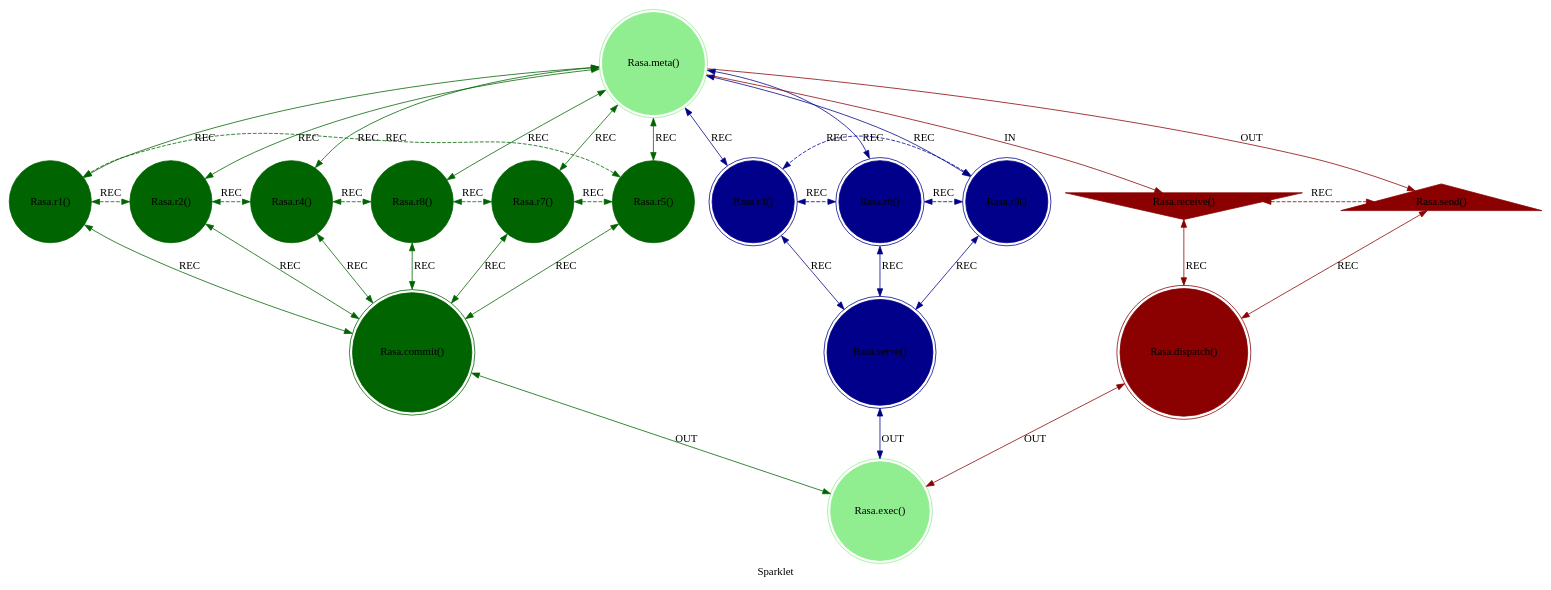
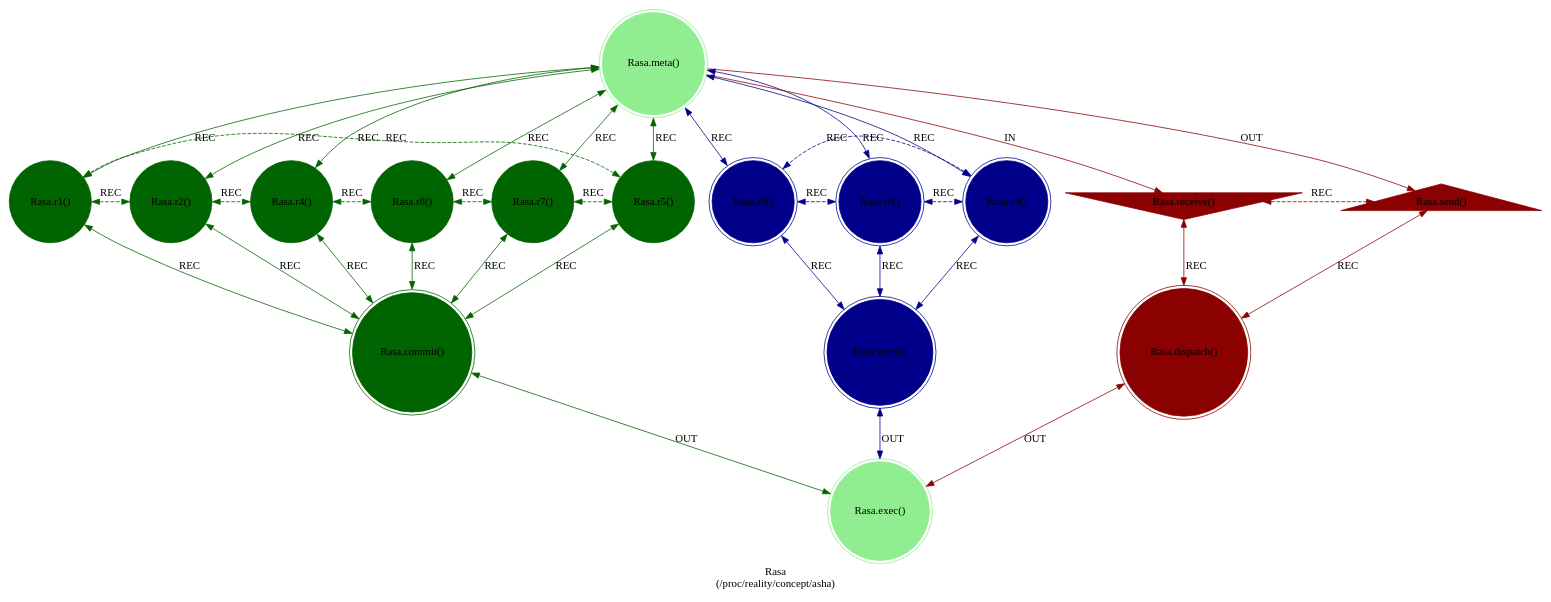
The diagram in src/includes/rasa.dot (cilang/mythos), drawn with Graphviz before and after one commit. The commit also changed 8 other files, not shown here.

```diff
--- a/src/includes/rasa.dot
+++ b/src/includes/rasa.dot
@@ -1,48 +1,48 @@
-strict digraph Sparklet {
-    label = "Sparklet";
+strict digraph Rasa {
+    label = "Rasa\n(/proc/reality/concept/asha)";
     style = filled;
     color = lightgray;
     node [shape = circle; style = filled; color = lightgreen;];
     
     // The Axis A-0-B (In-Meta-Out).
     // The Sacred 3-6-9 (Boundary of Perception).
     // The Vortex 1-2-4-8-7-5 (Boundary of Comprehension).
     // The Router C-D-E
     // The Closure F
     spark_0_t [label = "Rasa.meta()";comment = "";shape = doublecircle;];
     spark_1_t [label = "Rasa.r1()";comment = "";shape = circle;color = darkgreen;];
     spark_2_t [label = "Rasa.r2()";comment = "";shape = circle;color = darkgreen;];
     spark_4_t [label = "Rasa.r4()";comment = "";shape = circle;color = darkgreen;];
     spark_8_t [label = "Rasa.r8()";comment = "";shape = circle;color = darkgreen;];
     spark_7_t [label = "Rasa.r7()";comment = "";shape = circle;color = darkgreen;];
     spark_5_t [label = "Rasa.r5()";comment = "";shape = circle;color = darkgreen;];
     spark_3_t [label = "Rasa.r3()";comment = "Intuition and Instinct";shape = doublecircle;color = darkblue;];
     spark_6_t [label = "Rasa.r6()";comment = "Resonance and Motivation";shape = doublecircle;color = darkblue;];
     spark_9_t [label = "Rasa.r9()";comment = "Virtue and Sin";shape = doublecircle;color = darkblue;];
     spark_a_t [label = "Rasa.receive()";comment = "Emotion";shape = invtriangle;color = darkred;];
     spark_b_t [label = "Rasa.send()";comment = "Desire";shape = triangle;color = darkred;];
     spark_c_t [label = "Rasa.dispatch()";comment = "";shape = doublecircle;color = darkred;];
     spark_d_t [label = "Rasa.commit()";comment = "";shape = doublecircle;color = darkgreen;];
     spark_e_t [label = "Rasa.serve()";comment = "";shape = doublecircle;color = darkblue;];
     spark_f_t [label = "Rasa.exec()";comment = "";shape = doublecircle;];
     
     // IN = Input
     // OUT = Output
     // REC = Recursion
     spark_0_t -> spark_a_t [label = "IN"; color = darkred; comment = "";];
     spark_0_t -> spark_b_t [label = "OUT"; color = darkred; comment = "";];
     spark_0_t -> {spark_3_t spark_6_t spark_9_t} [label = "REC"; color = darkblue; comment = ""; dir = both;];
     spark_0_t -> {spark_1_t spark_2_t spark_4_t spark_8_t spark_7_t spark_5_t} [label = "REC"; color = darkgreen; comment = ""; dir = both;];
     
     {spark_a_t spark_b_t} -> spark_c_t [label = "REC"; color = darkred; comment = ""; dir = both;];
     {spark_1_t spark_2_t spark_4_t spark_8_t spark_7_t spark_5_t} -> spark_d_t [label = "REC"; color = darkgreen; comment = ""; dir = both;];
     {spark_3_t spark_6_t spark_9_t} -> spark_e_t [label = "REC"; color = darkblue; comment = ""; dir = both;];
     
     spark_1_t -> spark_2_t -> spark_4_t -> spark_8_t -> spark_7_t -> spark_5_t -> spark_1_t [label = "REC"; color = darkgreen; comment = ""; style = dashed; constraint = false; dir = both;];
     spark_3_t -> spark_6_t -> spark_9_t -> spark_3_t [label = "REC"; color = darkblue; comment = ""; style = dashed; constraint = false; dir = both;];
     spark_a_t -> spark_b_t [label = "REC"; color = darkred; comment = ""; constraint = false; style = dashed; dir = both;];
     
     spark_c_t -> spark_f_t [label = "OUT"; color = darkred; comment = ""; dir = both;];
     spark_d_t -> spark_f_t [label = "OUT"; color = darkgreen; comment = ""; dir = both;];
     spark_e_t -> spark_f_t [label = "OUT"; color = darkblue; comment = ""; dir = both;];
 }
```
